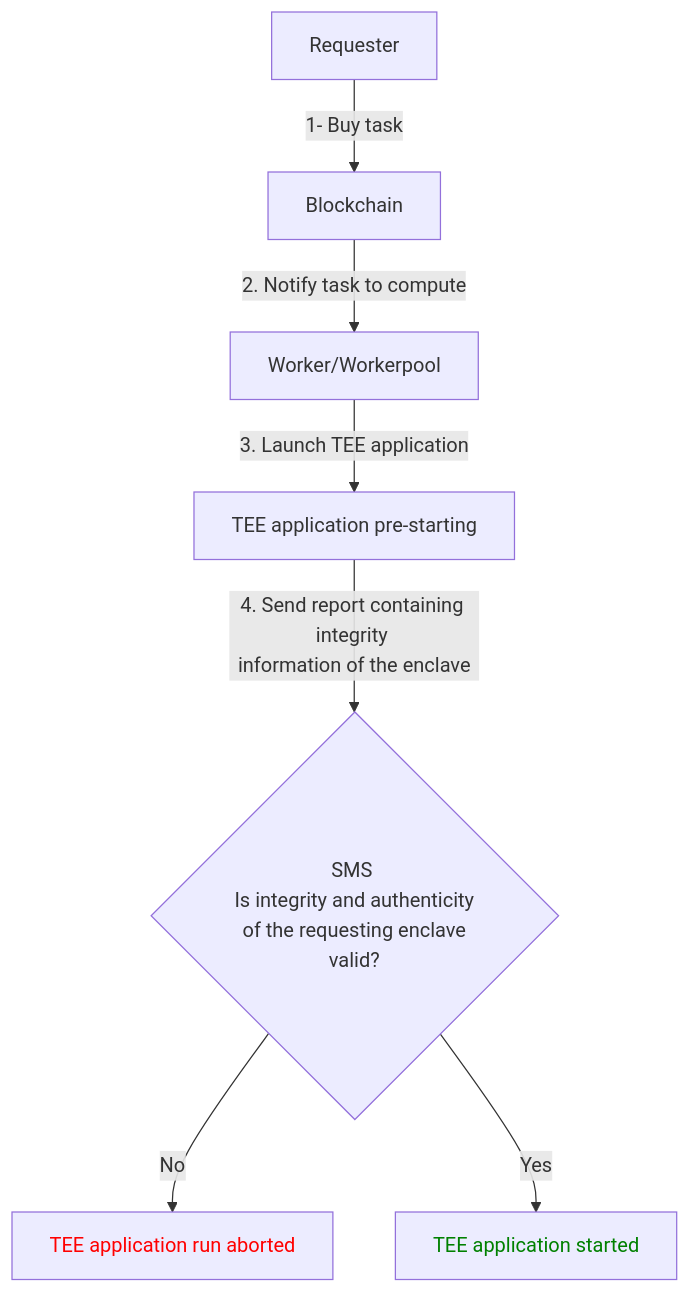
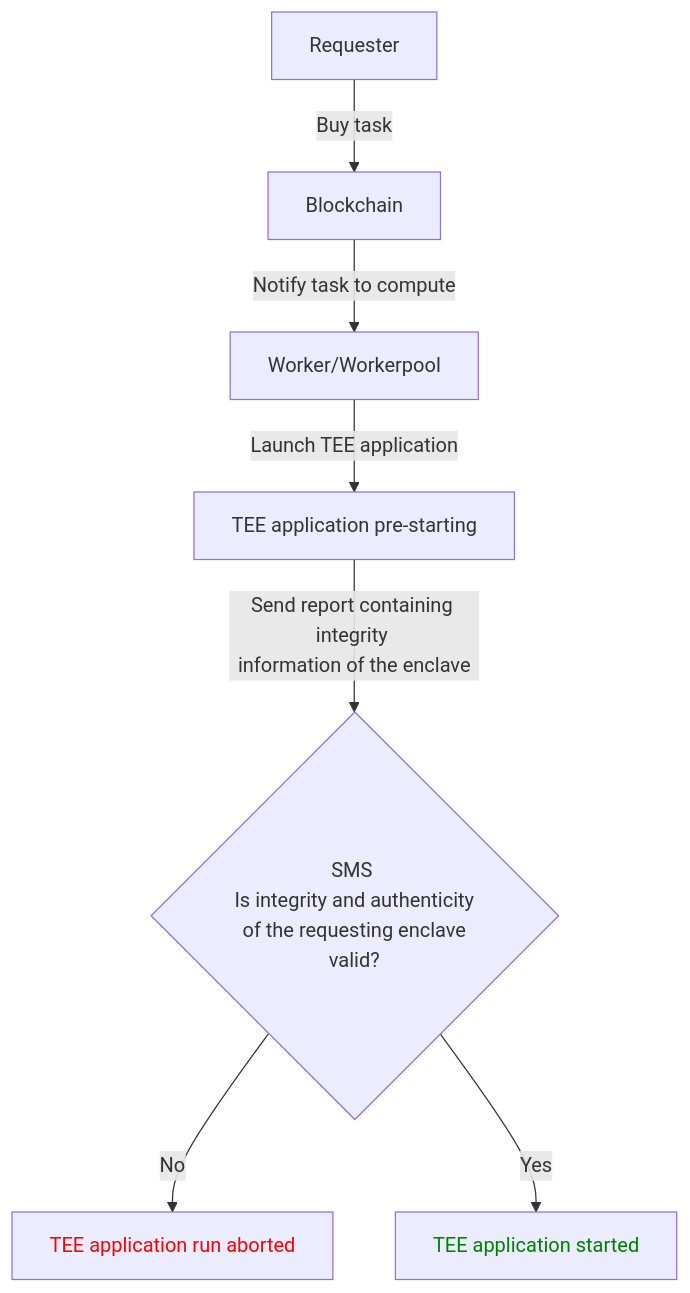
The diagram in mermaid.md (raorla/doc), drawn with Mermaid before and after one commit.

````diff
--- a/mermaid.md
+++ b/mermaid.md
@@ -1,12 +1,12 @@
 ```mermaid
 graph TD
-    Req[Requester] --> |1- Buy task| Chain
-    Chain[Blockchain] --> |2. Notify task to compute| Worker[Worker/Workerpool]
-    Worker --> |3. Launch TEE application| App[TEE application pre-starting]
-    App --> |4. Send report containing integrity <br>information of the enclave| SMS{SMS <br> Is integrity and authenticity <br> of the requesting enclave valid?}
+    Req[Requester] --> |Buy task| Chain
+    Chain[Blockchain] --> |Notify task to compute| Worker[Worker/Workerpool]
+    Worker --> |Launch TEE application| App[TEE application pre-starting]
+    App --> |Send report containing integrity <br>information of the enclave| SMS{SMS <br> Is integrity and authenticity <br> of the requesting enclave valid?}
     SMS --> |No| AppFailed[TEE application run aborted]
     SMS --> |Yes| AppStarted[TEE application started]
 
     style AppFailed color:red
     style AppStarted color:green
 ```
````
